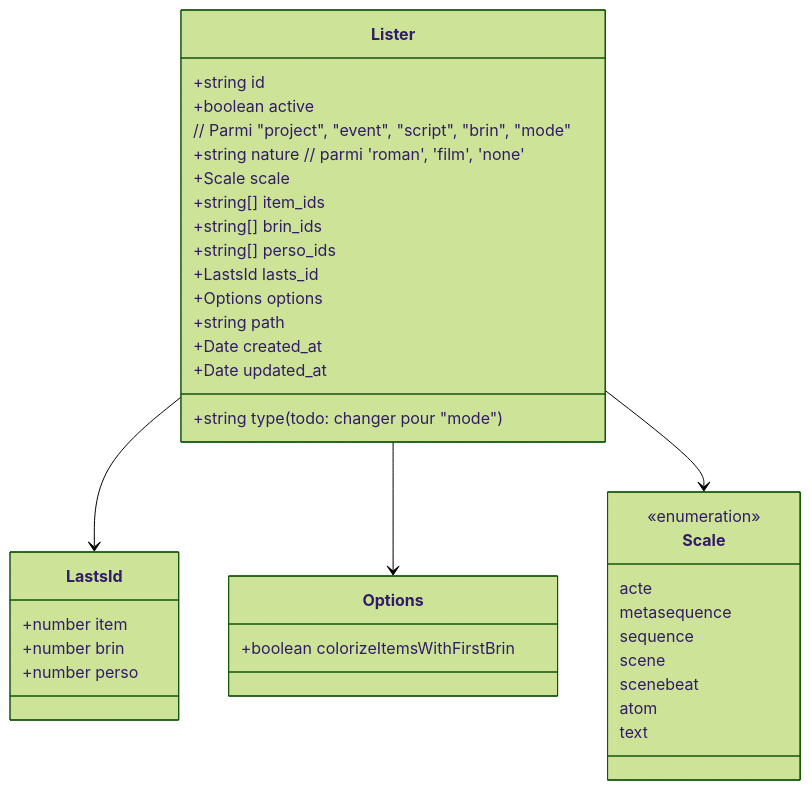
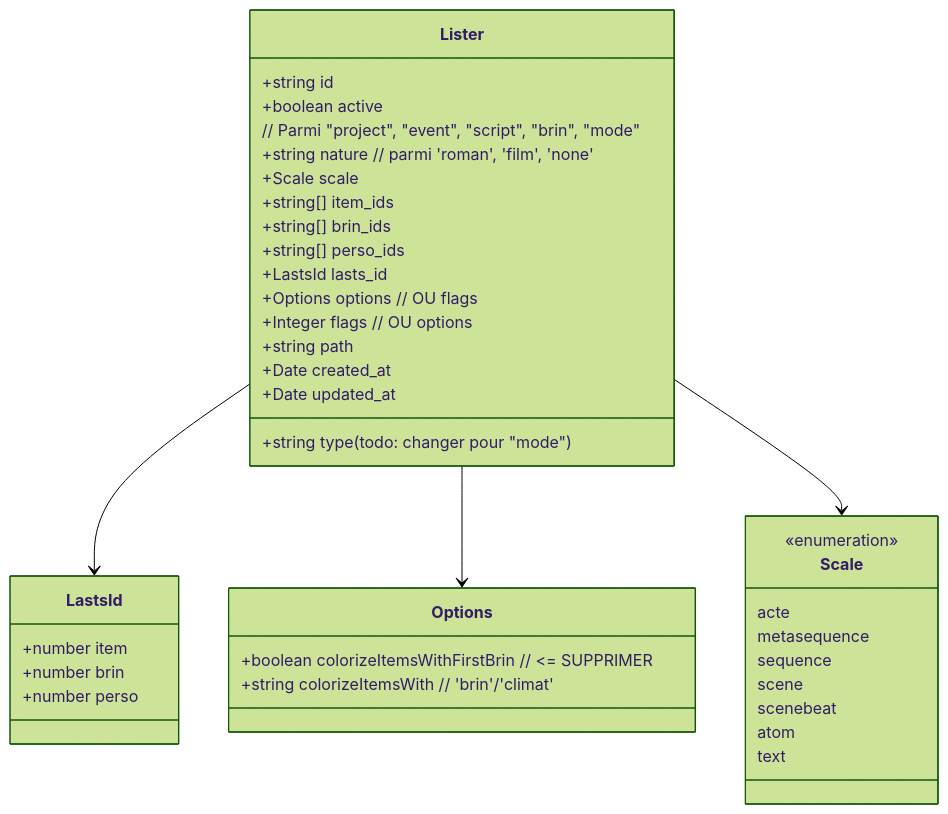
The first of 3 diagrams in dev/Specs-modeles.md (PhilippePerret/Eventer3), drawn with Mermaid (forest theme) before and after one commit. The commit also changed other lines of this file and 55 other files, not shown here.

```diff
--- a/dev/Specs-modeles.md
+++ b/dev/Specs-modeles.md
@@ -79,44 +79,46 @@
 ~~~mermaid
 classDiagram
 	class Lister {
 		+string id
 		+boolean active
 		+string type (todo: changer pour "mode")
 		// Parmi "project", "event", "script", "brin", "mode"
 		+string nature // parmi 'roman', 'film', 'none'
 		+Scale scale
 		+string[] item_ids
 		+string[] brin_ids
 		+string[] perso_ids
 		+LastsId   lasts_id
-		+Options options
+		+Options options // OU flags
+		+Integer flags // OU options
 		+string path
 		+Date created_at
 		+Date updated_at
 	}
 	
 	class LastsId {
 		+number item
 		+number brin
 		+number perso
 	}
 	
 	class Options {
-		+boolean colorizeItemsWithFirstBrin
+		+boolean colorizeItemsWithFirstBrin // <= SUPPRIMER
+		+string colorizeItemsWith // 'brin'/'climat'
 	}
 	
 	class Scale {
 		<<enumeration>>
 		acte
 		metasequence
 		sequence
 		scene
 		scenebeat
 		atom
 		text
 	}
 	
 	Lister --> LastsId
 	Lister --> Options
 	Lister --> Scale
 ~~~
```
